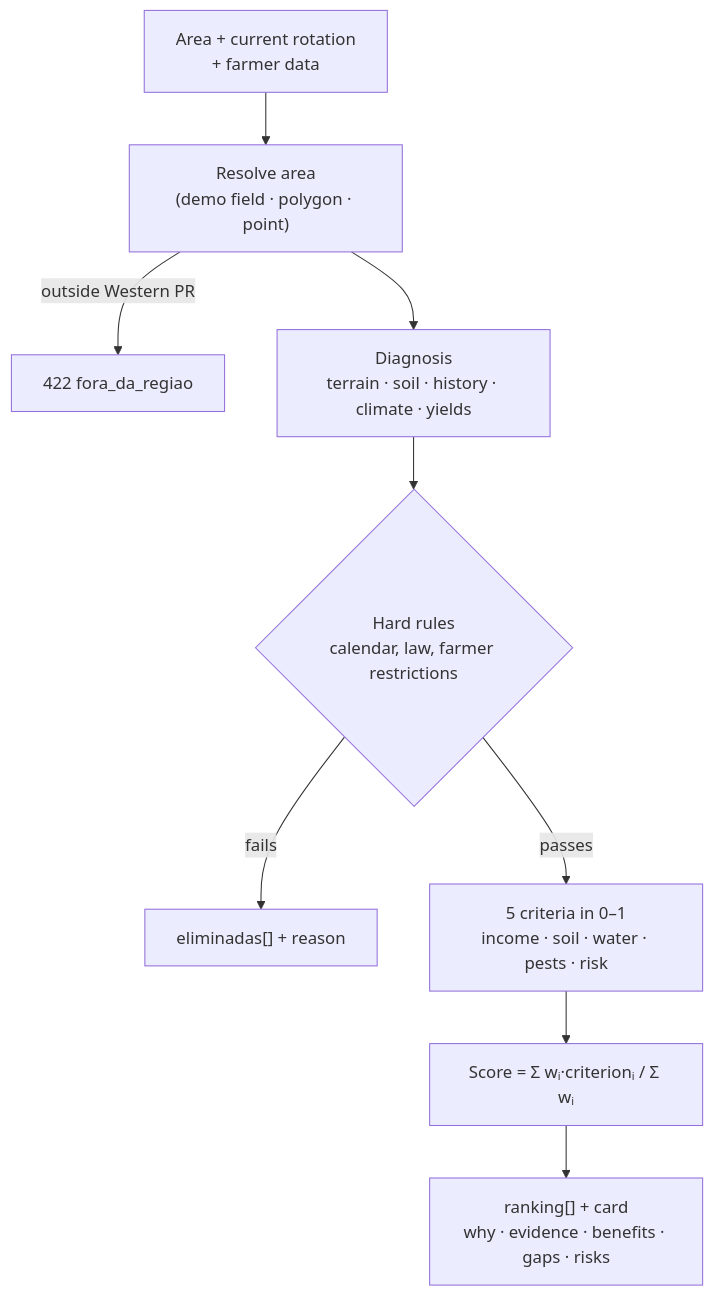
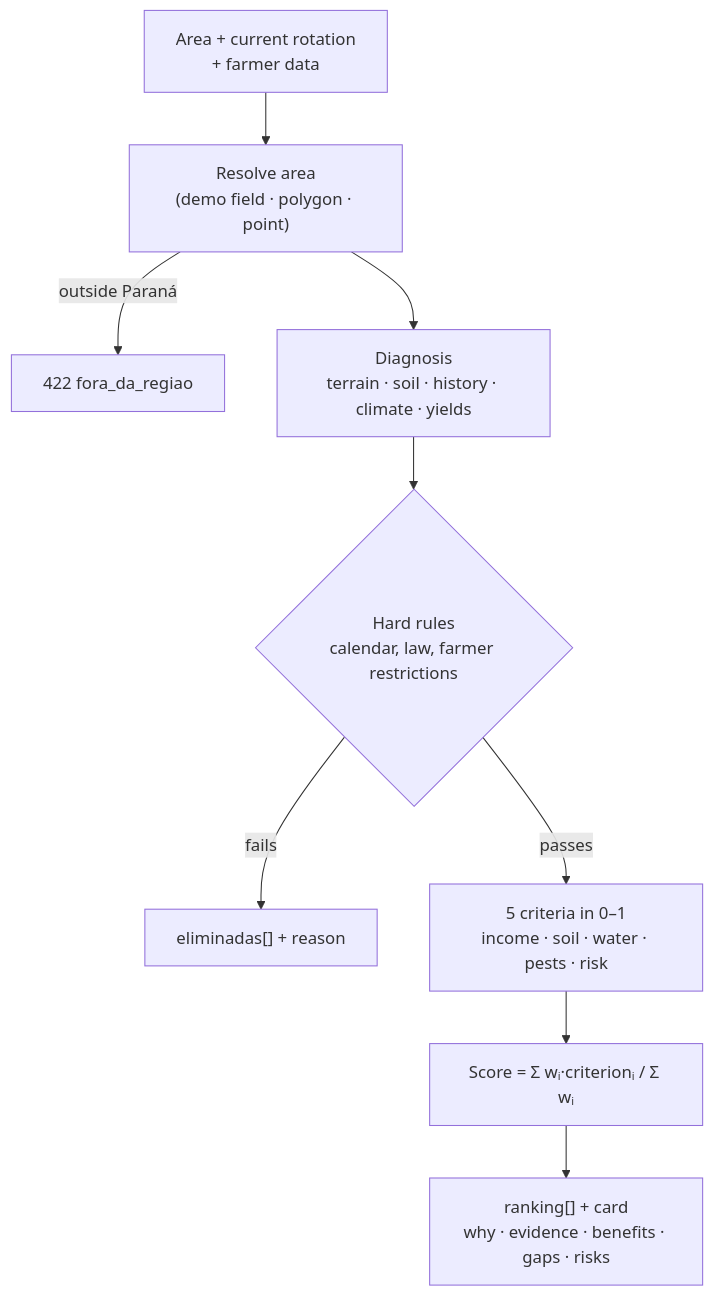
Before and after one commit to br-santella/Nativa: the second of 2 diagrams in README.md, drawn with Mermaid. The commit also changed other lines of this file and 13 other files, not shown here.

````diff
--- a/README.md
+++ b/README.md
@@ -181,11 +181,11 @@
 ```mermaid
 flowchart TD
     A["Area + current rotation<br/>+ farmer data"] --> B["Resolve area<br/>(demo field · polygon · point)"]
-    B -->|outside Western PR| X["422 fora_da_regiao"]
+    B -->|outside Paraná| X["422 fora_da_regiao"]
     B --> C["Diagnosis<br/>terrain · soil · history · climate · yields"]
     C --> D{"Hard rules<br/>calendar, law, farmer restrictions"}
     D -->|fails| EL["eliminadas[] + reason"]
     D -->|passes| F["5 criteria in 0–1<br/>income · soil · water · pests · risk"]
     F --> G["Score = Σ wᵢ·criterionᵢ / Σ wᵢ"]
     G --> H["ranking[] + card<br/>why · evidence · benefits · gaps · risks"]
 ```
````
